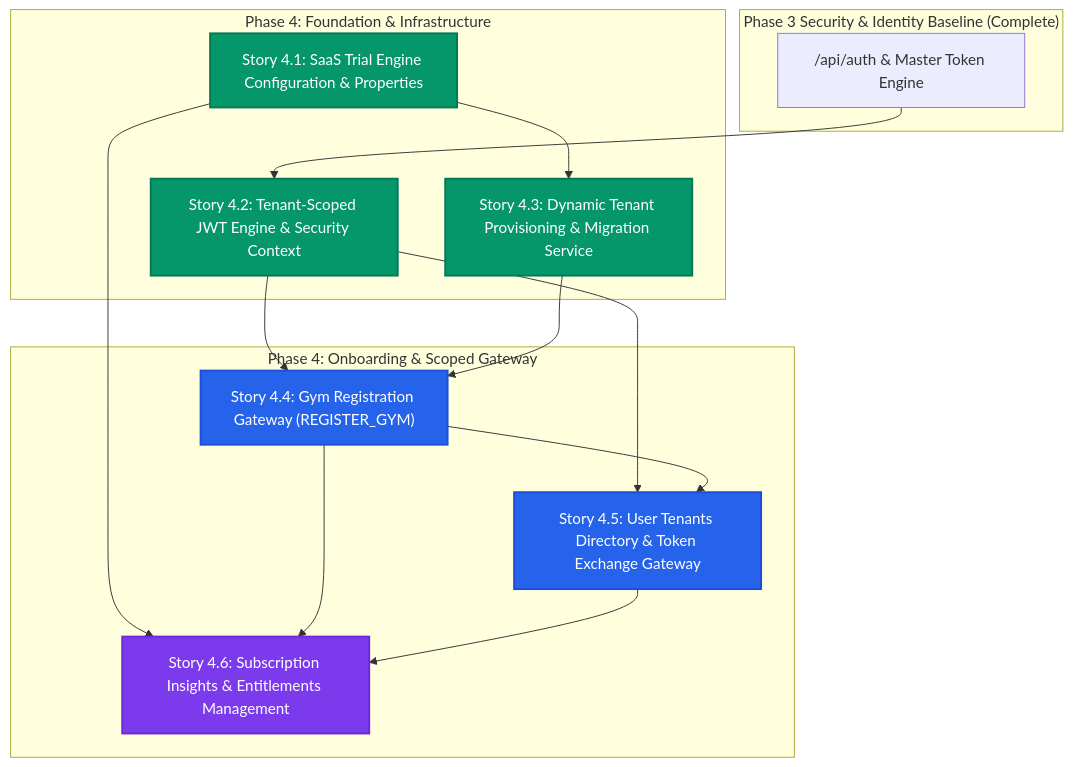
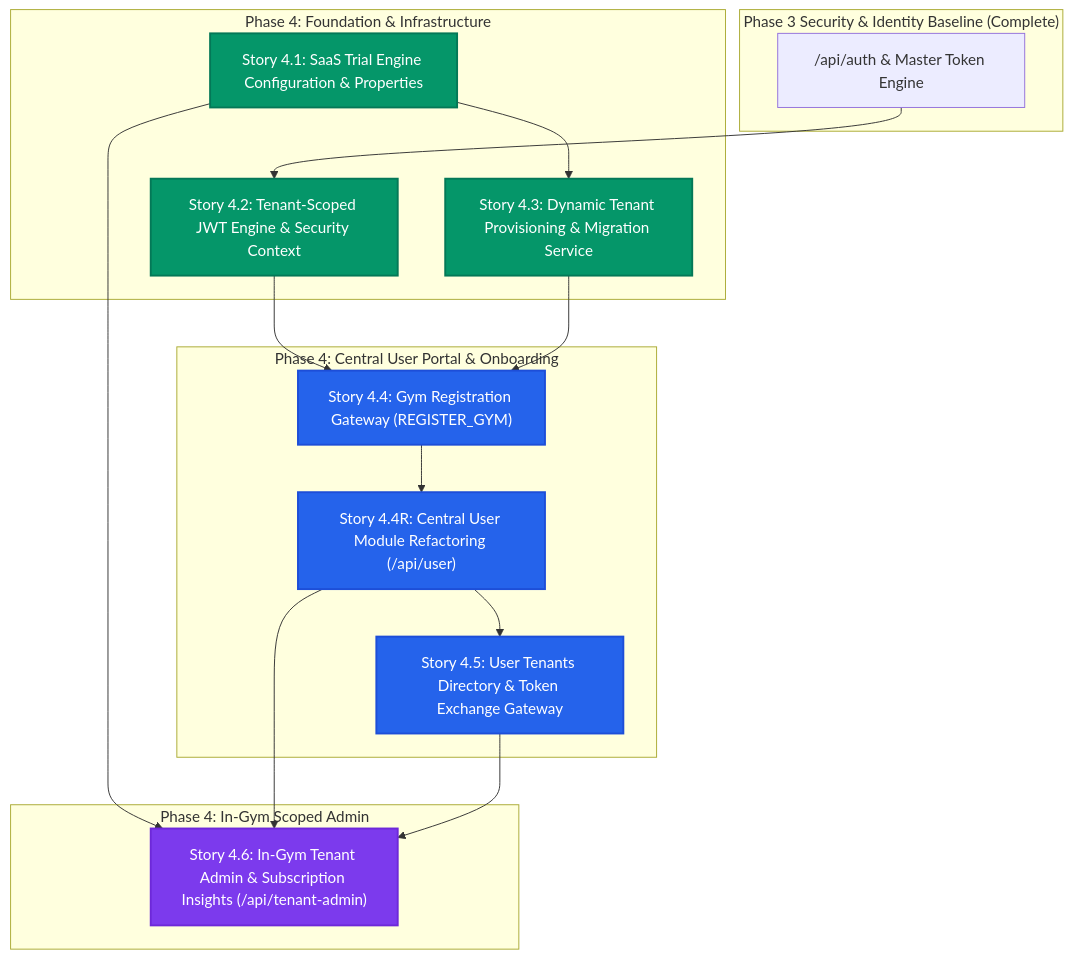
Before and after one commit to ZaidAli-19/GymVerse-backend-v1: the diagram in _bmad-output/planning-artifacts/phase-4-tenant-onboarding-and-rbac/dependency-matrix-and-ordering.md, drawn with Mermaid. The commit also changed other lines of this file and 52 other files, not shown here.

````diff
--- a/_bmad-output/planning-artifacts/phase-4-tenant-onboarding-and-rbac/dependency-matrix-and-ordering.md
+++ b/_bmad-output/planning-artifacts/phase-4-tenant-onboarding-and-rbac/dependency-matrix-and-ordering.md
@@ -22,35 +23,39 @@
 ```mermaid
 graph TD
     subgraph "Phase 3 Security & Identity Baseline (Complete)"
         P3Auth["/api/auth & Master Token Engine"]
     end
 
     subgraph "Phase 4: Foundation & Infrastructure"
         S41["Story 4.1: SaaS Trial Engine Configuration & Properties"]
         S42["Story 4.2: Tenant-Scoped JWT Engine & Security Context"]
         S43["Story 4.3: Dynamic Tenant Provisioning & Migration Service"]
     end
 
-    subgraph "Phase 4: Onboarding & Scoped Gateway"
+    subgraph "Phase 4: Central User Portal & Onboarding"
         S44["Story 4.4: Gym Registration Gateway (REGISTER_GYM)"]
+        S44R["Story 4.4R: Central User Module Refactoring (/api/user)"]
         S45["Story 4.5: User Tenants Directory & Token Exchange Gateway"]
-        S46["Story 4.6: Subscription Insights & Entitlements Management"]
+    end
+
+    subgraph "Phase 4: In-Gym Scoped Admin"
+        S46["Story 4.6: In-Gym Tenant Admin & Subscription Insights (/api/tenant-admin)"]
     end
 
     P3Auth --> S42
     S41 --> S43
     S42 --> S44
     S43 --> S44
-    S42 --> S45
-    S44 --> S45
+    S44 --> S44R
+    S44R --> S45
     S41 --> S46
-    S44 --> S46
+    S44R --> S46
     S45 --> S46
 
     classDef primary fill:#2563eb,stroke:#1d4ed8,stroke-width:2px,color:#fff;
     classDef foundation fill:#059669,stroke:#047857,stroke-width:2px,color:#fff;
     classDef gateway fill:#7c3aed,stroke:#6d28d9,stroke-width:2px,color:#fff;
     class S41,S42,S43 foundation;
-    class S44,S45 primary;
+    class S44,S44R,S45 primary;
     class S46 gateway;
 ```
````
